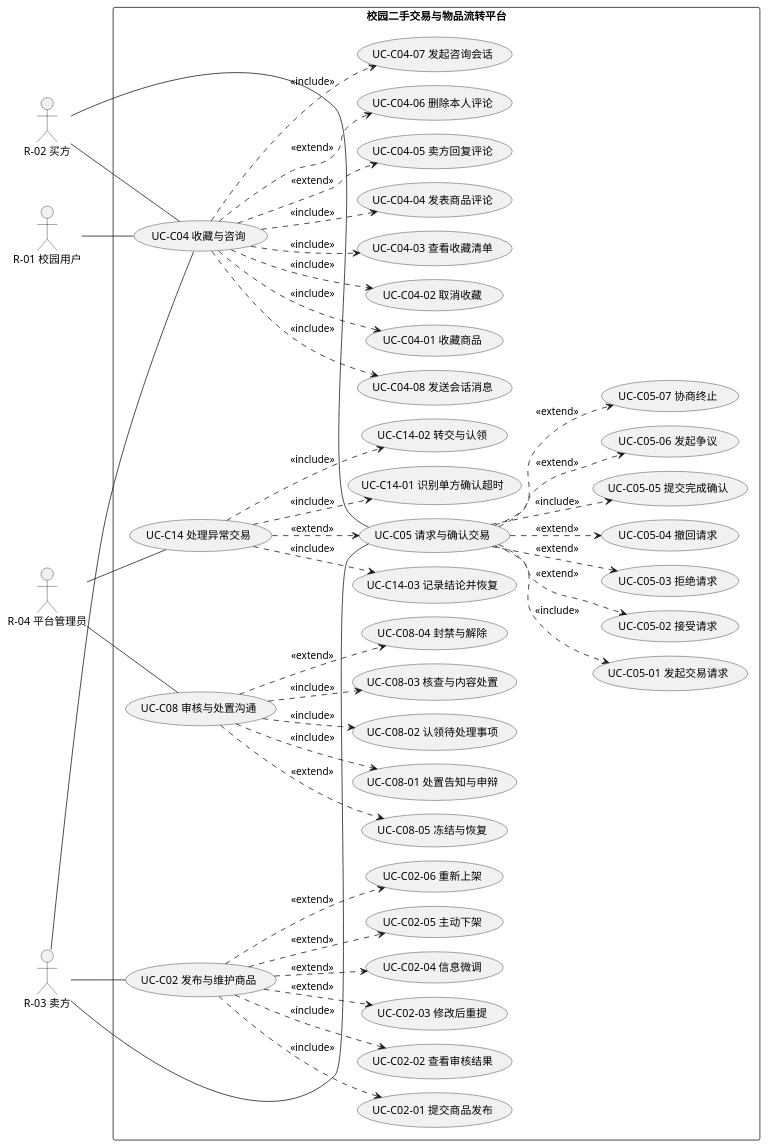
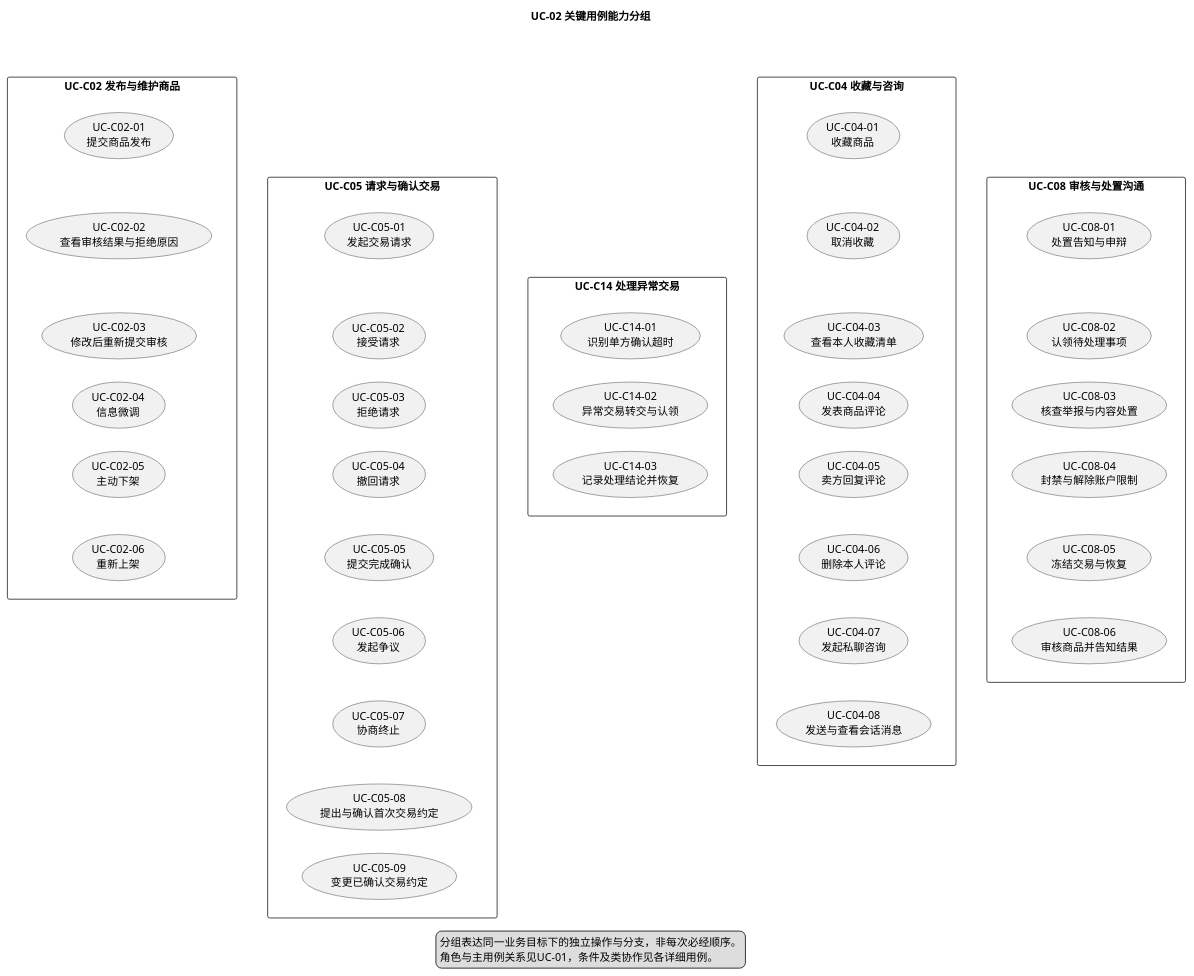
The diagram in docs/appendices/models/UC-02-子用例图.puml (iy88/se-course-project-1), drawn with PlantUML before and after one commit. The commit also changed other lines of this file and 34 other files, not shown here.

First line of the commit message:
docs(models): 调整用例关系与图示

```diff
--- a/docs/appendices/models/UC-02-子用例图.puml
+++ b/docs/appendices/models/UC-02-子用例图.puml
@@ -7,100 +5,87 @@
 @startuml
-left to right direction
-skinparam defaultFontName "Microsoft YaHei"
+skinparam defaultFontName "PingFang SC"
 skinparam shadowing false
 skinparam packageStyle rectangle
-skinparam nodesep 18
-skinparam ranksep 34
-skinparam defaultTextAlignment center
-
-actor "R-01 校园用户" as A1
-actor "R-02 买方" as A2
-actor "R-03 卖方" as A3
-actor "R-04 平台管理员" as A4
-
-rectangle "校园二手交易与物品流转平台" {
-  usecase "UC-C02 发布与维护商品" as C02
-  usecase "UC-C02-01 提交商品发布" as C0201
-  usecase "UC-C02-02 查看审核结果" as C0202
-  usecase "UC-C02-03 修改后重提" as C0203
-  usecase "UC-C02-04 信息微调" as C0204
-  usecase "UC-C02-05 主动下架" as C0205
-  usecase "UC-C02-06 重新上架" as C0206
-
-  usecase "UC-C04 收藏与咨询" as C04
-  usecase "UC-C04-01 收藏商品" as C0401
-  usecase "UC-C04-02 取消收藏" as C0402
-  usecase "UC-C04-03 查看收藏清单" as C0403
-  usecase "UC-C04-04 发表商品评论" as C0404
-  usecase "UC-C04-05 卖方回复评论" as C0405
-  usecase "UC-C04-06 删除本人评论" as C0406
-  usecase "UC-C04-07 发起咨询会话" as C0407
-  usecase "UC-C04-08 发送会话消息" as C0408
-
-  usecase "UC-C05 请求与确认交易" as C05
-  usecase "UC-C05-01 发起交易请求" as C0501
-  usecase "UC-C05-02 接受请求" as C0502
-  usecase "UC-C05-03 拒绝请求" as C0503
-  usecase "UC-C05-04 撤回请求" as C0504
-  usecase "UC-C05-05 提交完成确认" as C0505
-  usecase "UC-C05-06 发起争议" as C0506
-  usecase "UC-C05-07 协商终止" as C0507
-
-  usecase "UC-C14 处理异常交易" as C14
-  usecase "UC-C14-01 识别单方确认超时" as C1401
-  usecase "UC-C14-02 转交与认领" as C1402
-  usecase "UC-C14-03 记录结论并恢复" as C1403
-
-  usecase "UC-C08 审核与处置沟通" as C08
-  usecase "UC-C08-01 处置告知与申辩" as C0801
-  usecase "UC-C08-02 认领待处理事项" as C0802
-  usecase "UC-C08-03 核查与内容处置" as C0803
-  usecase "UC-C08-04 封禁与解除" as C0804
-  usecase "UC-C08-05 冻结与恢复" as C0805
+skinparam nodesep 20
+skinparam ranksep 30
+top to bottom direction
+title UC-02 关键用例能力分组
+package "UC-C02 发布与维护商品" as P02 {
+ usecase "UC-C02-01\n提交商品发布" as UCC0201
+ usecase "UC-C02-02\n查看审核结果与拒绝原因" as UCC0202
+ usecase "UC-C02-03\n修改后重新提交审核" as UCC0203
+ usecase "UC-C02-04\n信息微调" as UCC0204
+ usecase "UC-C02-05\n主动下架" as UCC0205
+ usecase "UC-C02-06\n重新上架" as UCC0206
+ UCC0201 -[hidden]down- UCC0202
+ UCC0202 -[hidden]down- UCC0203
+ UCC0203 -[hidden]down- UCC0204
+ UCC0204 -[hidden]down- UCC0205
+ UCC0205 -[hidden]down- UCC0206
 }
-
-A3 -- C02
-A2 -- C04
-A1 -- C04
-A3 -- C04
-A2 -- C05
-A3 -- C05
-A4 -- C14
-A4 -- C08
-
-C02 ..> C0201 : <<include>>
-C02 ..> C0202 : <<include>>
-C02 ..> C0203 : <<extend>>
-C02 ..> C0204 : <<extend>>
-C02 ..> C0205 : <<extend>>
-C02 ..> C0206 : <<extend>>
-
-C04 ..> C0401 : <<include>>
-C04 ..> C0402 : <<include>>
-C04 ..> C0403 : <<include>>
-C04 ..> C0404 : <<include>>
-C04 ..> C0405 : <<extend>>
-C04 ..> C0406 : <<extend>>
-C04 ..> C0407 : <<include>>
-C04 ..> C0408 : <<include>>
-
-C05 ..> C0501 : <<include>>
-C05 ..> C0502 : <<extend>>
-C05 ..> C0503 : <<extend>>
-C05 ..> C0504 : <<extend>>
-C05 ..> C0505 : <<include>>
-C05 ..> C0506 : <<extend>>
-C05 ..> C0507 : <<extend>>
-
-C14 ..> C1401 : <<include>>
-C14 ..> C1402 : <<include>>
-C14 ..> C1403 : <<include>>
-
-C08 ..> C0801 : <<include>>
-C08 ..> C0802 : <<include>>
-C08 ..> C0803 : <<include>>
-C08 ..> C0804 : <<extend>>
-C08 ..> C0805 : <<extend>>
-
-C14 ..> C05 : <<extend>>
+package "UC-C04 收藏与咨询" as P04 {
+ usecase "UC-C04-01\n收藏商品" as UCC0401
+ usecase "UC-C04-02\n取消收藏" as UCC0402
+ usecase "UC-C04-03\n查看本人收藏清单" as UCC0403
+ usecase "UC-C04-04\n发表商品评论" as UCC0404
+ usecase "UC-C04-05\n卖方回复评论" as UCC0405
+ usecase "UC-C04-06\n删除本人评论" as UCC0406
+ usecase "UC-C04-07\n发起私聊咨询" as UCC0407
+ usecase "UC-C04-08\n发送与查看会话消息" as UCC0408
+ UCC0401 -[hidden]down- UCC0402
+ UCC0402 -[hidden]down- UCC0403
+ UCC0403 -[hidden]down- UCC0404
+ UCC0404 -[hidden]down- UCC0405
+ UCC0405 -[hidden]down- UCC0406
+ UCC0406 -[hidden]down- UCC0407
+ UCC0407 -[hidden]down- UCC0408
+}
+package "UC-C05 请求与确认交易" as P05 {
+ usecase "UC-C05-01\n发起交易请求" as UCC0501
+ usecase "UC-C05-02\n接受请求" as UCC0502
+ usecase "UC-C05-03\n拒绝请求" as UCC0503
+ usecase "UC-C05-04\n撤回请求" as UCC0504
+ usecase "UC-C05-05\n提交完成确认" as UCC0505
+ usecase "UC-C05-06\n发起争议" as UCC0506
+ usecase "UC-C05-07\n协商终止" as UCC0507
+ usecase "UC-C05-08\n提出与确认首次交易约定" as UCC0508
+ usecase "UC-C05-09\n变更已确认交易约定" as UCC0509
+ UCC0501 -[hidden]down- UCC0502
+ UCC0502 -[hidden]down- UCC0503
+ UCC0503 -[hidden]down- UCC0504
+ UCC0504 -[hidden]down- UCC0505
+ UCC0505 -[hidden]down- UCC0506
+ UCC0506 -[hidden]down- UCC0507
+ UCC0507 -[hidden]down- UCC0508
+ UCC0508 -[hidden]down- UCC0509
+}
+package "UC-C08 审核与处置沟通" as P08 {
+ usecase "UC-C08-01\n处置告知与申辩" as UCC0801
+ usecase "UC-C08-02\n认领待处理事项" as UCC0802
+ usecase "UC-C08-03\n核查举报与内容处置" as UCC0803
+ usecase "UC-C08-04\n封禁与解除账户限制" as UCC0804
+ usecase "UC-C08-05\n冻结交易与恢复" as UCC0805
+ usecase "UC-C08-06\n审核商品并告知结果" as UCC0806
+ UCC0801 -[hidden]down- UCC0802
+ UCC0802 -[hidden]down- UCC0803
+ UCC0803 -[hidden]down- UCC0804
+ UCC0804 -[hidden]down- UCC0805
+ UCC0805 -[hidden]down- UCC0806
+}
+package "UC-C14 处理异常交易" as P14 {
+ usecase "UC-C14-01\n识别单方确认超时" as UCC1401
+ usecase "UC-C14-02\n异常交易转交与认领" as UCC1402
+ usecase "UC-C14-03\n记录处理结论并恢复" as UCC1403
+ UCC1401 -[hidden]down- UCC1402
+ UCC1402 -[hidden]down- UCC1403
+}
+P02 -[hidden]right- P04
+P02 -[hidden]down- P05
+P04 -[hidden]down- P08
+P05 -[hidden]right- P08
+P05 -[hidden]down- P14
+legend bottom
+分组表达同一业务目标下的独立操作与分支，非每次必经顺序。
+角色与主用例关系见UC-01，条件及类协作见各详细用例。
+endlegend
 @enduml
```
